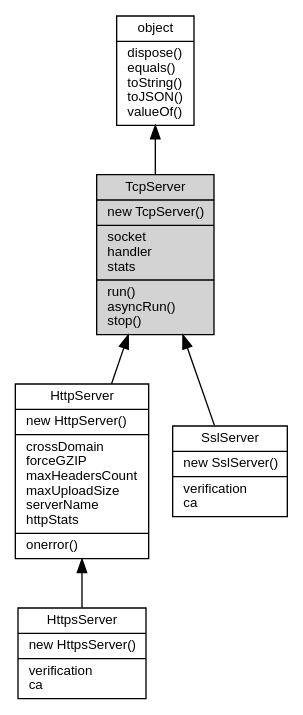
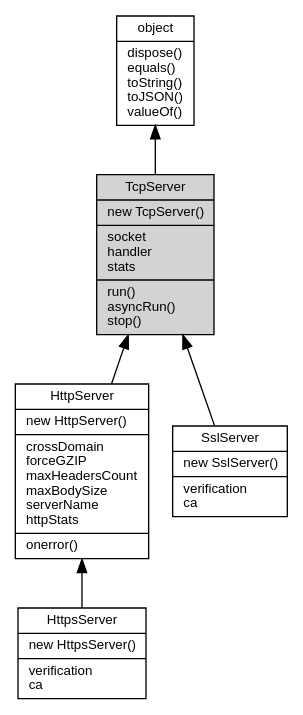
Before and after one commit to fibjs/fibjs.org: the diagram in docs/manual/object/ifs/TcpServer.md, drawn with Graphviz. The commit also changed 26 other files, not shown here.

````diff
--- a/docs/manual/object/ifs/TcpServer.md
+++ b/docs/manual/object/ifs/TcpServer.md
@@ -20,16 +20,16 @@
 ```dot
 digraph {
     node [fontname="Helvetica,sans-Serif", fontsize=10, shape="record", style="filled", fillcolor="white"];
 
     object [tooltip="object", URL="object.md", label="{object|dispose()\lequals()\ltoString()\ltoJSON()\lvalueOf()\l}"];
     TcpServer [tooltip="TcpServer", fillcolor="lightgray", label="{TcpServer|new TcpServer()\l|socket\lhandler\lstats\l|run()\lasyncRun()\lstop()\l}"];
-    HttpServer [tooltip="HttpServer", URL="HttpServer.md", label="{HttpServer|new HttpServer()\l|crossDomain\lforceGZIP\lmaxHeadersCount\lmaxUploadSize\lserverName\lhttpStats\l|onerror()\l}"];
+    HttpServer [tooltip="HttpServer", URL="HttpServer.md", label="{HttpServer|new HttpServer()\l|crossDomain\lforceGZIP\lmaxHeadersCount\lmaxBodySize\lserverName\lhttpStats\l|onerror()\l}"];
     HttpsServer [tooltip="HttpsServer", URL="HttpsServer.md", label="{HttpsServer|new HttpsServer()\l|verification\lca\l}"];
     SslServer [tooltip="SslServer", URL="SslServer.md", label="{SslServer|new SslServer()\l|verification\lca\l}"];
 
     object -> TcpServer [dir=back];
     TcpServer -> HttpServer [dir=back];
     HttpServer -> HttpsServer [dir=back];
     TcpServer -> SslServer [dir=back];
 }
 ```
````
